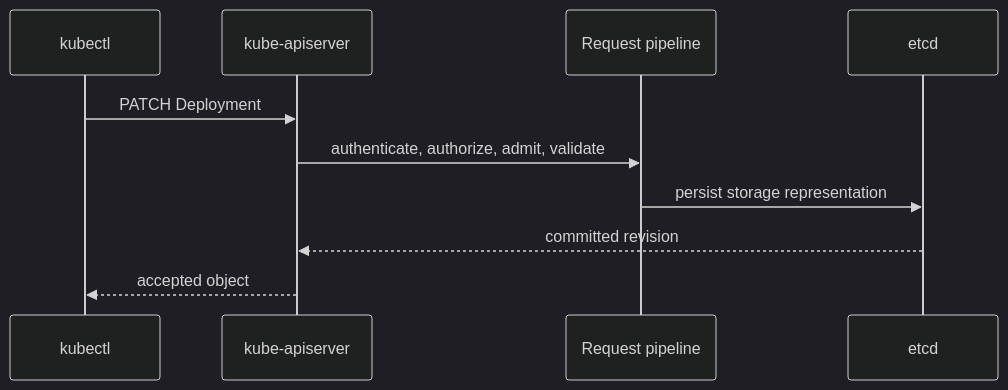
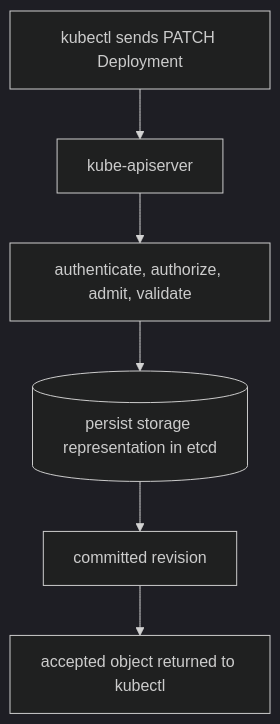
The first of 4 diagrams in core/k8s/object_to_running_pod.md (searge/deck), drawn with Mermaid (dark theme) before and after one commit. The commit also changed other lines of this file and 27 other files, not shown here.

````diff
--- a/core/k8s/object_to_running_pod.md
+++ b/core/k8s/object_to_running_pod.md
@@ -33,13 +33,8 @@
 ```mermaid
-sequenceDiagram
-    participant U as kubectl
-    participant A as kube-apiserver
-    participant P as Request pipeline
-    participant E as etcd
-
-    U->>A: PATCH Deployment
-    A->>P: authenticate, authorize, admit, validate
-    P->>E: persist storage representation
-    E-->>A: committed revision
-    A-->>U: accepted object
+flowchart TB
+    U[kubectl sends PATCH Deployment] --> A[kube-apiserver]
+    A --> P[authenticate, authorize, admit, validate]
+    P --> E[(persist storage representation in etcd)]
+    E --> R[committed revision]
+    R --> O[accepted object returned to kubectl]
 ```
````
